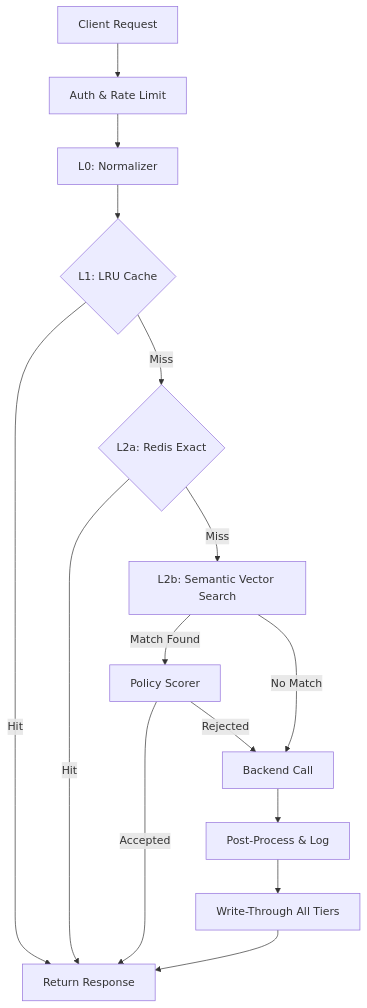
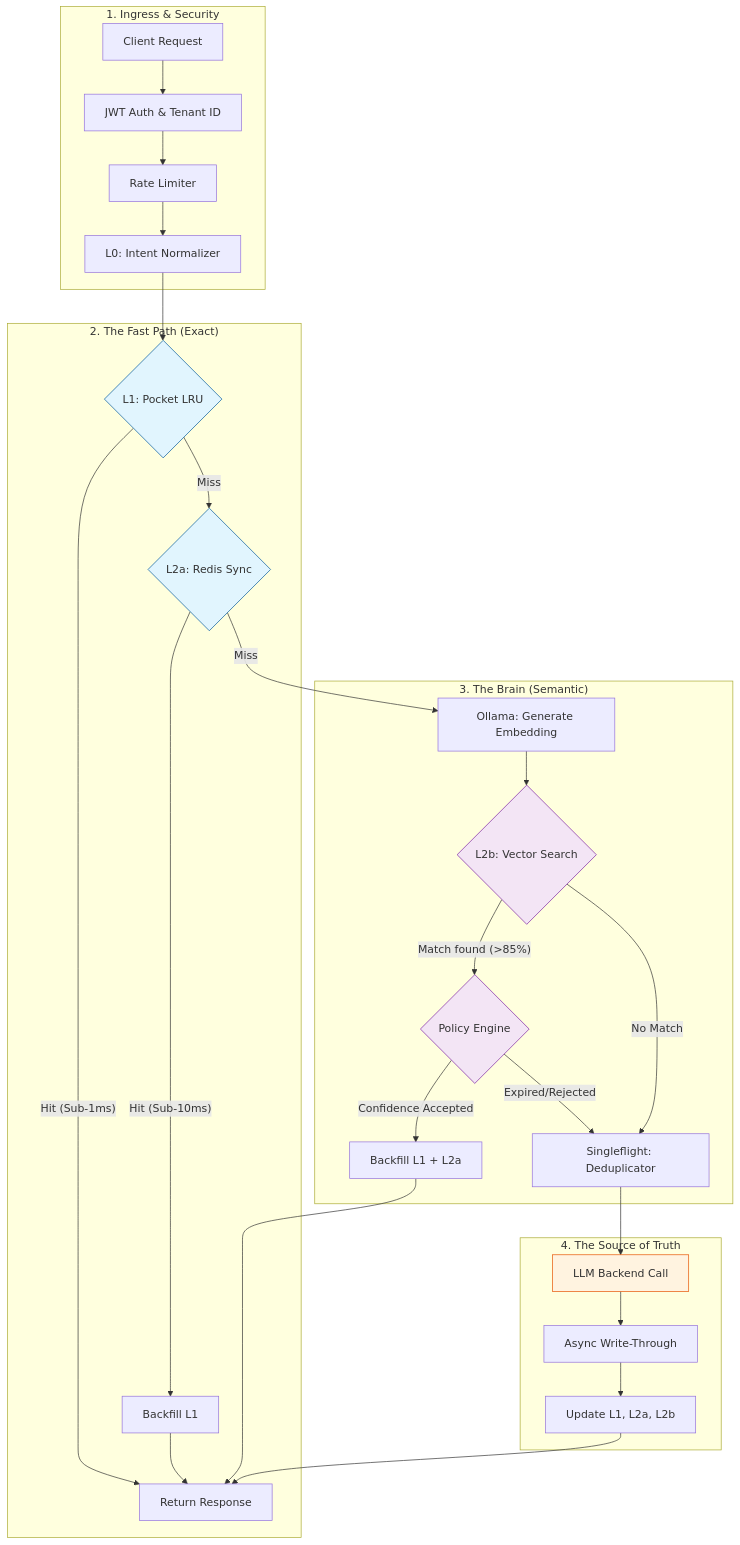
One commit to Rohit-Bhardwaj10/semantic-cache changed the diagram in Readme.md. Above: the diagram before and after it, drawn with Mermaid. The commit also changed other lines of this file, not shown here.

Commit message:
feat: update Readme with a detailed multi-tier architecture diagram, data flow explanation, and refined feature descriptions.

````diff
--- a/Readme.md
+++ b/Readme.md
@@ -15,17 +15,39 @@
 ```mermaid
 graph TD
-    A[Client Request] --> B[Auth & Rate Limit]
-    B --> C[L0: Normalizer]
-    C --> D{L1: LRU Cache}
-    D -- Hit --> E[Return Response]
-    D -- Miss --> F{L2a: Redis Exact}
-    F -- Hit --> E
-    F -- Miss --> G[L2b: Semantic Vector Search]
-    G -- Match Found --> H[Policy Scorer]
-    H -- Accepted --> E
-    H -- Rejected --> I[Backend Call]
-    G -- No Match --> I
-    I --> J[Post-Process & Log]
-    J --> K[Write-Through All Tiers]
-    K --> E
+    subgraph Client_Ingress ["1. Ingress & Security"]
+        A[Client Request] --> B[JWT Auth & Tenant ID]
+        B --> C[Rate Limiter]
+        C --> D[L0: Intent Normalizer]
+    end
+
+    subgraph Fast_Path ["2. The Fast Path (Exact)"]
+        D --> E{L1: Pocket LRU}
+        E -- Miss --> F{L2a: Redis Sync}
+        E -- Hit (Sub-1ms) --> RET[Return Response]
+        F -- Hit (Sub-10ms) --> BF1[Backfill L1]
+        BF1 --> RET
+    end
+
+    subgraph Intelligent_Path ["3. The Brain (Semantic)"]
+        F -- Miss --> G[Ollama: Generate Embedding]
+        G --> H{L2b: Vector Search}
+        H -- "Match found (>85%)" --> I{Policy Engine}
+        I -- "Confidence Accepted" --> BF2[Backfill L1 + L2a]
+        BF2 --> RET
+        I -- "Expired/Rejected" --> J
+    end
+
+    subgraph Backend_Sync ["4. The Source of Truth"]
+        H -- "No Match" --> J[Singleflight: Deduplicator]
+        J --> K[LLM Backend Call]
+        K --> L[Async Write-Through]
+        L --> M[Update L1, L2a, L2b]
+        M --> RET
+    end
+
+    style E fill:#e1f5fe,stroke:#01579b
+    style F fill:#e1f5fe,stroke:#01579b
+    style H fill:#f3e5f5,stroke:#7b1fa2
+    style I fill:#f3e5f5,stroke:#7b1fa2
+    style K fill:#fff3e0,stroke:#e65100
 ```
````
